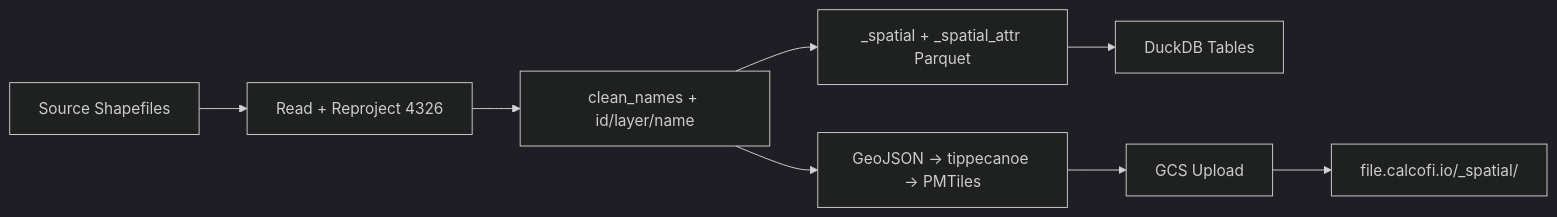
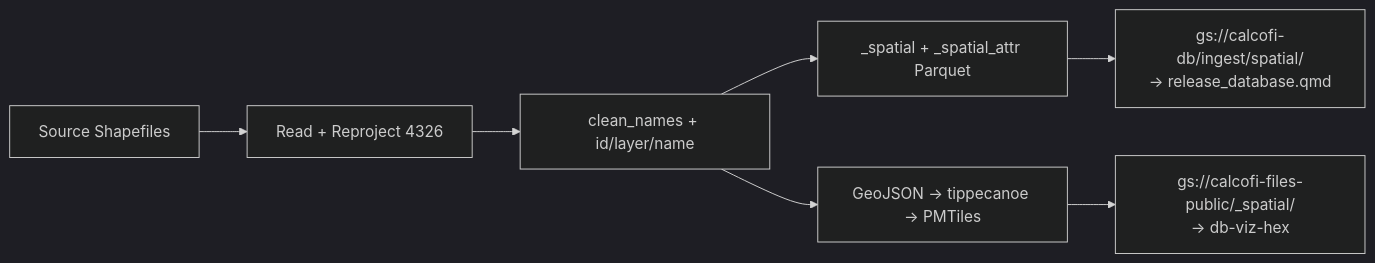
The diagram in ingest_spatial.qmd (CalCOFI/workflows), drawn with Mermaid (dark theme) before and after one commit. The commit also changed other lines of this file and 1 other file, not shown here.

````diff
--- a/ingest_spatial.qmd
+++ b/ingest_spatial.qmd
@@ -29,10 +39,9 @@
 ```{mermaid}
 graph LR
   A[Source Shapefiles] --> B[Read + Reproject 4326]
   B --> C["clean_names + id/layer/name"]
   C --> D["_spatial + _spatial_attr Parquet"]
   C --> E["GeoJSON → tippecanoe → PMTiles"]
-  D --> F[DuckDB Tables]
-  E --> G[GCS Upload]
-  G --> H["file.calcofi.io/_spatial/"]
+  D --> F["gs://calcofi-db/ingest/spatial/<br/>→ release_database.qmd"]
+  E --> G["gs://calcofi-files-public/_spatial/<br/>→ db-viz-hex"]
 ```
````
